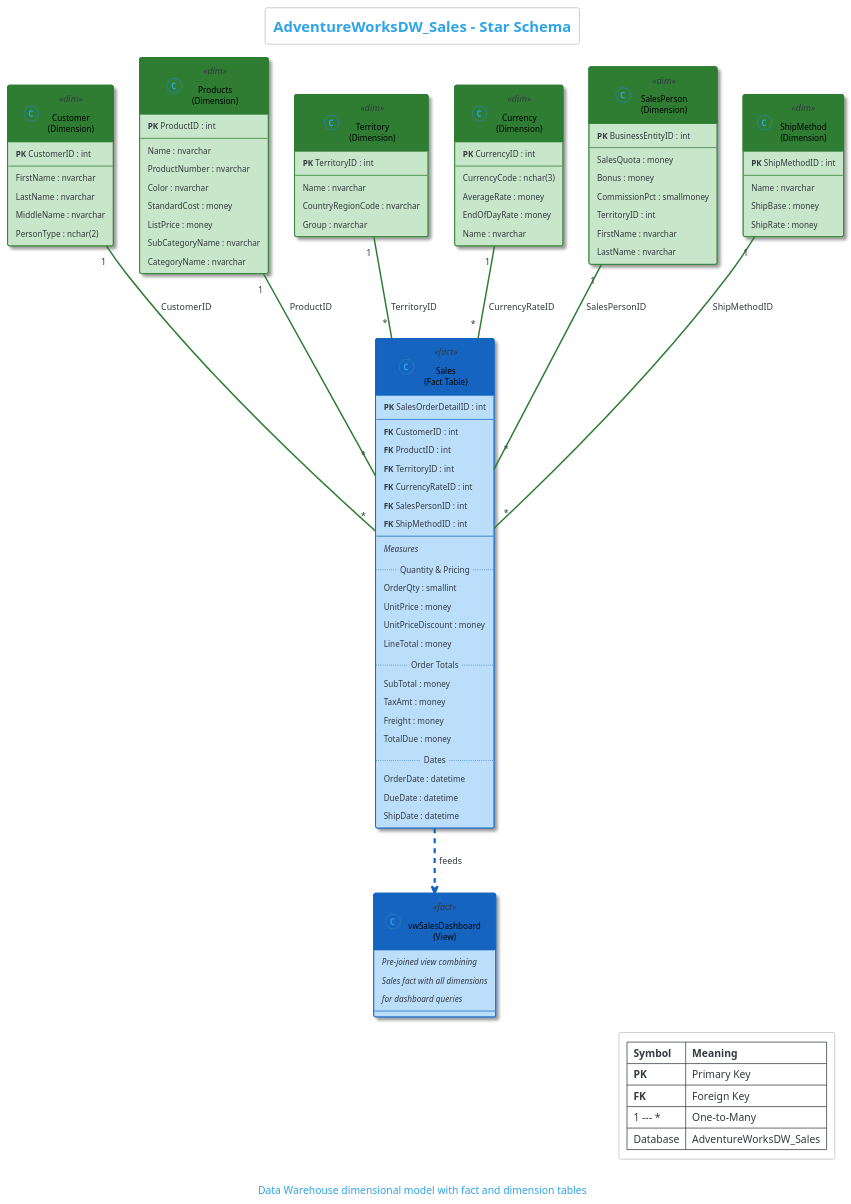
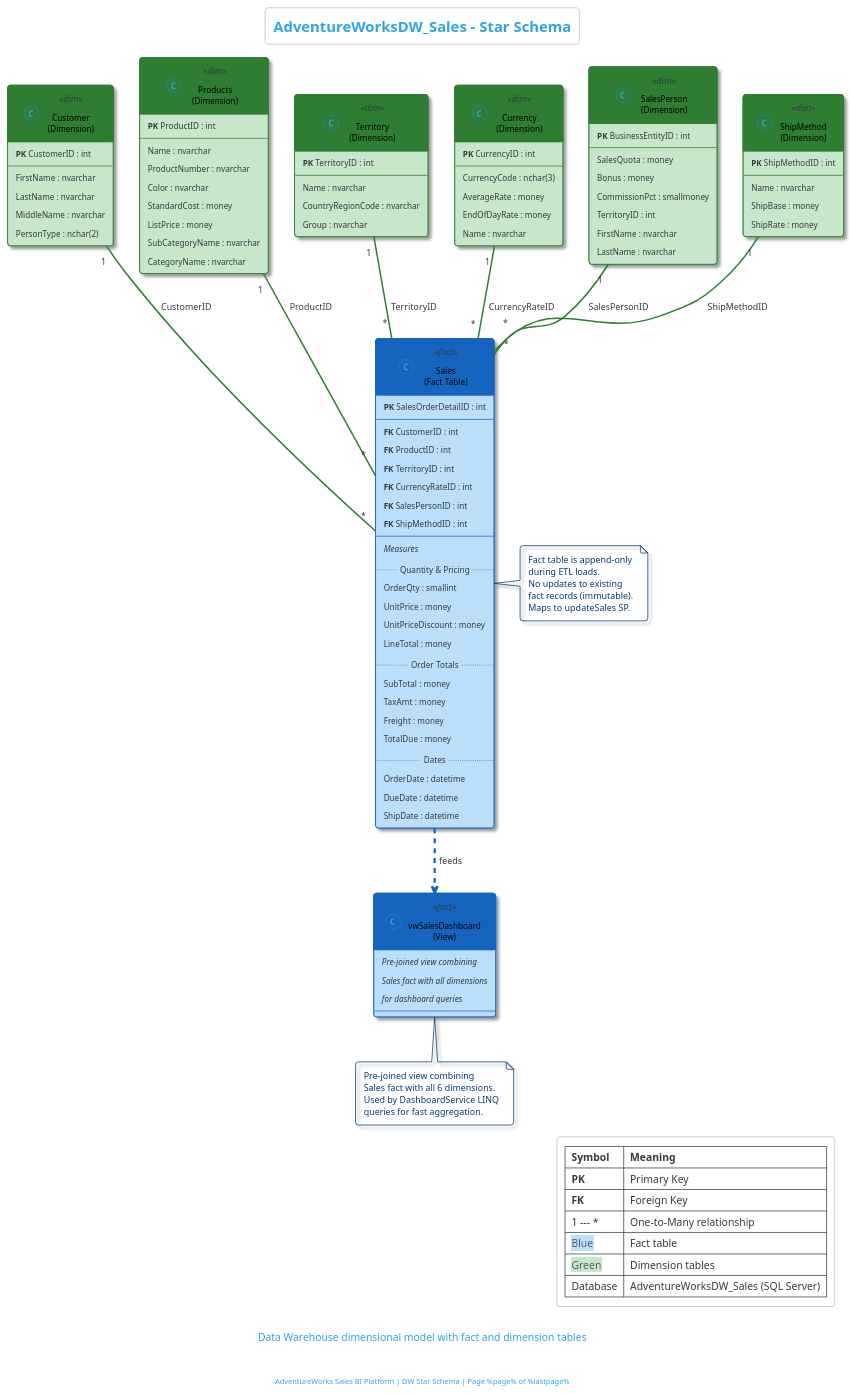
One commit to Youssef-ben-Abdallah/AdventureWorks changed the diagram in uml/business-intelligence/DW_Star_Schema.puml. Above: the diagram before and after it, drawn with PlantUML. The commit also changed 92 other files, not shown here.

```diff
--- a/uml/business-intelligence/DW_Star_Schema.puml
+++ b/uml/business-intelligence/DW_Star_Schema.puml
@@ -1,141 +1,160 @@
 @startuml DW_Star_Schema
 !theme cerulean-outline
 title AdventureWorksDW_Sales - Star Schema
 caption Data Warehouse dimensional model with fact and dimension tables
 
 skinparam class {
     BackgroundColor<<fact>> #BBDEFB
     BorderColor<<fact>> #1565C0
     HeaderBackgroundColor<<fact>> #1565C0
     FontColor<<fact>> #000000
 
     BackgroundColor<<dim>> #C8E6C9
     BorderColor<<dim>> #2E7D32
     HeaderBackgroundColor<<dim>> #2E7D32
     FontColor<<dim>> #000000
 }
 
 skinparam classAttributeIconSize 0
 skinparam shadowing true
-skinparam roundCorner 5
+skinparam roundCorner 8
 
 ' ════════════════════════════════════════
 ' FACT TABLE
 ' ════════════════════════════════════════
 class "Sales\n(Fact Table)" as Sales <<fact>> {
     <b>PK</b> SalesOrderDetailID : int
     --
     <b>FK</b> CustomerID : int
     <b>FK</b> ProductID : int
     <b>FK</b> TerritoryID : int
     <b>FK</b> CurrencyRateID : int
     <b>FK</b> SalesPersonID : int
     <b>FK</b> ShipMethodID : int
     --
     <i>Measures</i>
     .. Quantity & Pricing ..
     OrderQty : smallint
     UnitPrice : money
     UnitPriceDiscount : money
     LineTotal : money
     .. Order Totals ..
     SubTotal : money
     TaxAmt : money
     Freight : money
     TotalDue : money
     .. Dates ..
     OrderDate : datetime
     DueDate : datetime
     ShipDate : datetime
 }
 
 ' ════════════════════════════════════════
 ' DIMENSION TABLES
 ' ════════════════════════════════════════
 class "Customer\n(Dimension)" as Customer <<dim>> {
     <b>PK</b> CustomerID : int
     --
     FirstName : nvarchar
     LastName : nvarchar
     MiddleName : nvarchar
     PersonType : nchar(2)
 }
 
 class "Products\n(Dimension)" as Products <<dim>> {
     <b>PK</b> ProductID : int
     --
     Name : nvarchar
     ProductNumber : nvarchar
     Color : nvarchar
     StandardCost : money
     ListPrice : money
     SubCategoryName : nvarchar
     CategoryName : nvarchar
 }
 
 class "Territory\n(Dimension)" as Territory <<dim>> {
     <b>PK</b> TerritoryID : int
     --
     Name : nvarchar
     CountryRegionCode : nvarchar
     Group : nvarchar
 }
 
 class "Currency\n(Dimension)" as Currency <<dim>> {
     <b>PK</b> CurrencyID : int
     --
     CurrencyCode : nchar(3)
     AverageRate : money
     EndOfDayRate : money
     Name : nvarchar
 }
 
 class "SalesPerson\n(Dimension)" as SalesPerson <<dim>> {
     <b>PK</b> BusinessEntityID : int
     --
     SalesQuota : money
     Bonus : money
     CommissionPct : smallmoney
     TerritoryID : int
     FirstName : nvarchar
     LastName : nvarchar
 }
 
 class "ShipMethod\n(Dimension)" as ShipMethod <<dim>> {
     <b>PK</b> ShipMethodID : int
     --
     Name : nvarchar
     ShipBase : money
     ShipRate : money
 }
 
 ' ════════════════════════════════════════
 ' VIEW
 ' ════════════════════════════════════════
 class "vwSalesDashboard\n(View)" as SalesView <<fact>> {
     <i>Pre-joined view combining</i>
     <i>Sales fact with all dimensions</i>
     <i>for dashboard queries</i>
 }
 
 ' ════════════════════════════════════════
 ' RELATIONSHIPS (FK with cardinality)
 ' ════════════════════════════════════════
 Customer "1" -[#2E7D32,bold]- "*" Sales : CustomerID
 Products "1" -[#2E7D32,bold]- "*" Sales : ProductID
 Territory "1" -[#2E7D32,bold]- "*" Sales : TerritoryID
 Currency "1" -[#2E7D32,bold]- "*" Sales : CurrencyRateID
 SalesPerson "1" -[#2E7D32,bold]- "*" Sales : SalesPersonID
 ShipMethod "1" -[#2E7D32,bold]- "*" Sales : ShipMethodID
 
 Sales .[#1565C0,dashed].> SalesView : feeds
 
+note right of Sales
+    Fact table is append-only
+    during ETL loads.
+    No updates to existing
+    fact records (immutable).
+    Maps to updateSales SP.
+end note
+
+note bottom of SalesView
+    Pre-joined view combining
+    Sales fact with all 6 dimensions.
+    Used by DashboardService LINQ
+    queries for fast aggregation.
+end note
+
 legend bottom right
   |= Symbol |= Meaning |
   | <b>PK</b> | Primary Key |
   | <b>FK</b> | Foreign Key |
-  | 1 --- * | One-to-Many |
-  | Database | AdventureWorksDW_Sales |
+  | 1 --- * | One-to-Many relationship |
+  | <back:#BBDEFB>Blue</back> | Fact table |
+  | <back:#C8E6C9>Green</back> | Dimension tables |
+  | Database | AdventureWorksDW_Sales (SQL Server) |
 endlegend
 
+footer AdventureWorks Sales BI Platform | DW Star Schema | Page %page% of %lastpage%
+
 @enduml
```
